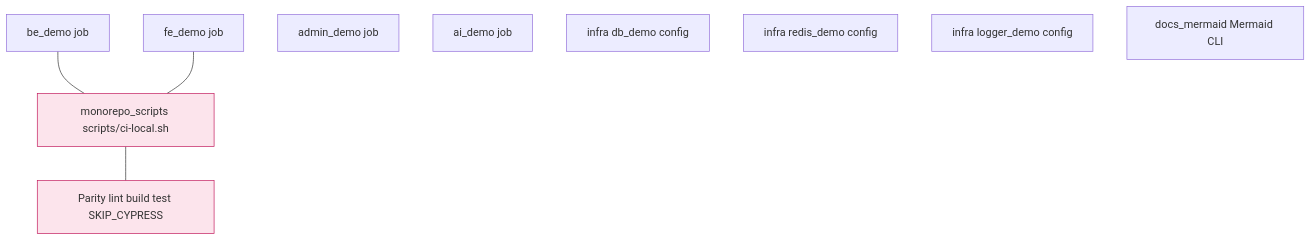
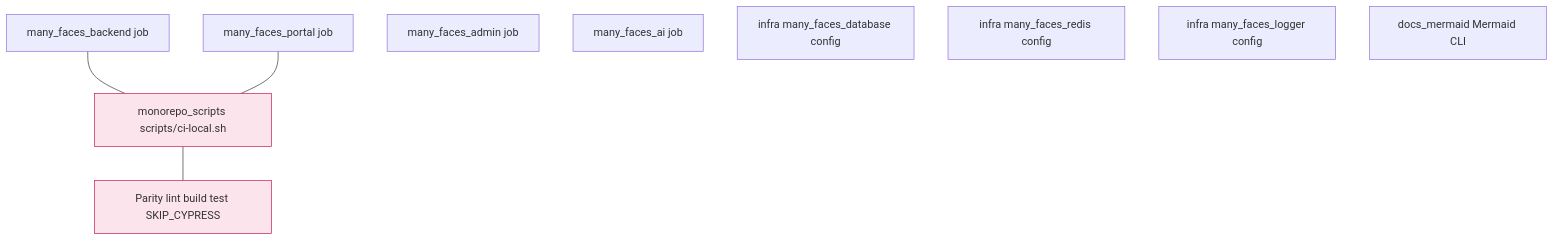
The third of 6 diagrams in docs/guides/development.md (01laky/mfai_demo), drawn with Mermaid before and after one commit. The commit also changed other lines of this file and 56 other files, not shown here.

First line of the commit message:
chore: rename submodule directories to many_faces_* paths

````diff
--- a/docs/guides/development.md
+++ b/docs/guides/development.md
@@ -150,19 +150,19 @@
 ```mermaid
 flowchart TB
-  BEJ[be_demo job]
-  FEJ[fe_demo job]
-  ADJ[admin_demo job]
-  AIJ[ai_demo job]
-  DBJ[infra db_demo config]
-  RDJ[infra redis_demo config]
-  LGJ[infra logger_demo config]
+  BEJ[many_faces_backend job]
+  FEJ[many_faces_portal job]
+  ADJ[many_faces_admin job]
+  AIJ[many_faces_ai job]
+  DBJ[infra many_faces_database config]
+  RDJ[infra many_faces_redis config]
+  LGJ[infra many_faces_logger config]
   DOCSJ[docs_mermaid Mermaid CLI]
   MONO[monorepo_scripts scripts/ci-local.sh]
   PARITY[Parity lint build test SKIP_CYPRESS]
   BEJ --- MONO
   FEJ --- MONO
   MONO --- PARITY
 
   classDef queueFill fill:#fce4ec,stroke:#c2185b
   class MONO,PARITY queueFill
 ```
````
